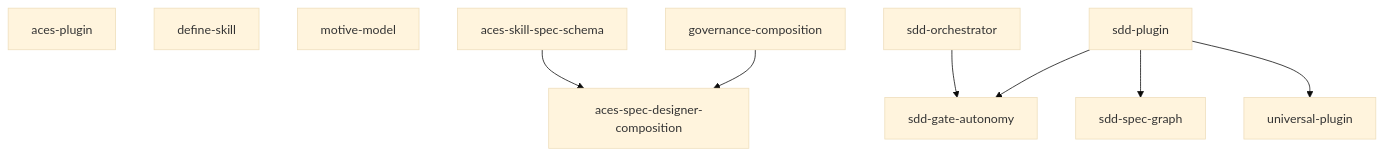
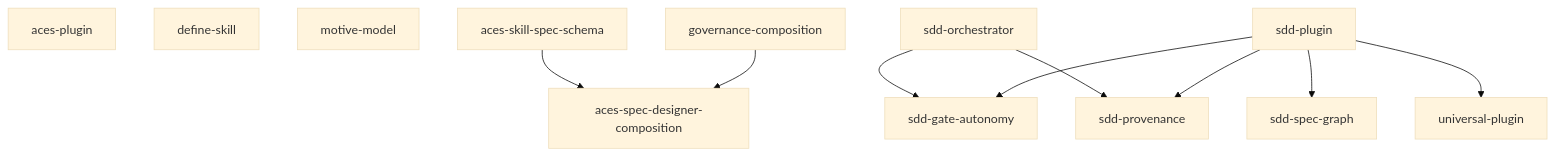
The diagram in artifacts/specs/graph.md (cyberuni/cyberplace), drawn with Mermaid (base theme) before and after one commit. The commit also changed other lines of this file and 2 other files, not shown here.

Commit message:
docs(sdd-provenance): draft the production-provenance model
Records which producer made each artifact in a produced-by frontmatter
map (keyed by production role), always — not just on plugin conflict.
The production twin of approved-by; together they give full per-artifact
provenance for quality measurement. Splits the record into a historical
(immutable) fact and a live registry resolution, so a deleted plugin
degrades gracefully and never blocks; subsumes the conflict-only
domain-plugin map; records inline/default producers so a missing domain
producer is visible. Draft, awaiting the spec gate.

````diff
--- a/artifacts/specs/graph.md
+++ b/artifacts/specs/graph.md
@@ -7,12 +7,14 @@
 ```mermaid
 graph TD
   aces-plugin
   define-skill
   motive-model
   aces-skill-spec-schema --> aces-spec-designer-composition
   governance-composition --> aces-spec-designer-composition
   sdd-orchestrator --> sdd-gate-autonomy
+  sdd-orchestrator --> sdd-provenance
   sdd-plugin --> sdd-gate-autonomy
+  sdd-plugin --> sdd-provenance
   sdd-plugin --> sdd-spec-graph
   sdd-plugin --> universal-plugin
 ```
````
